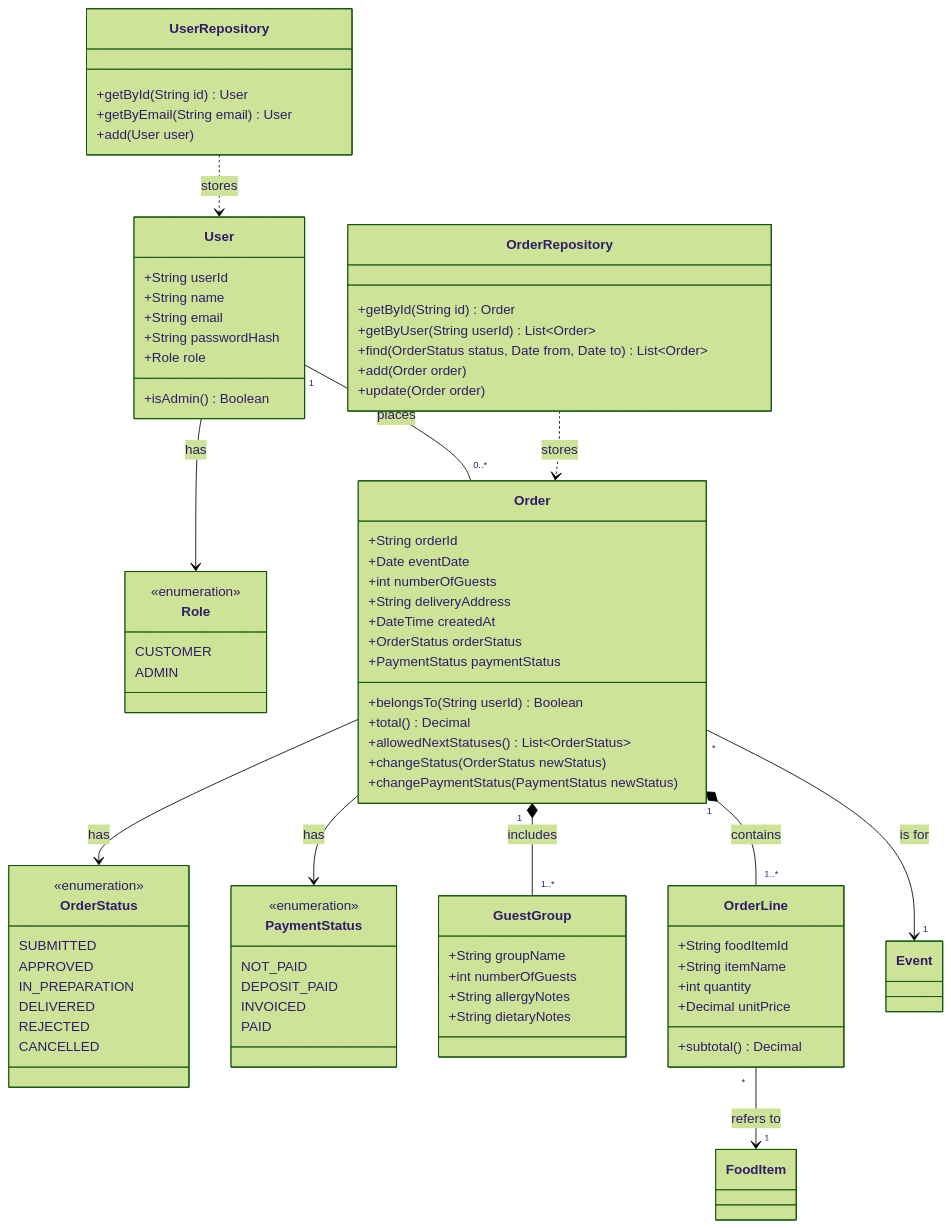
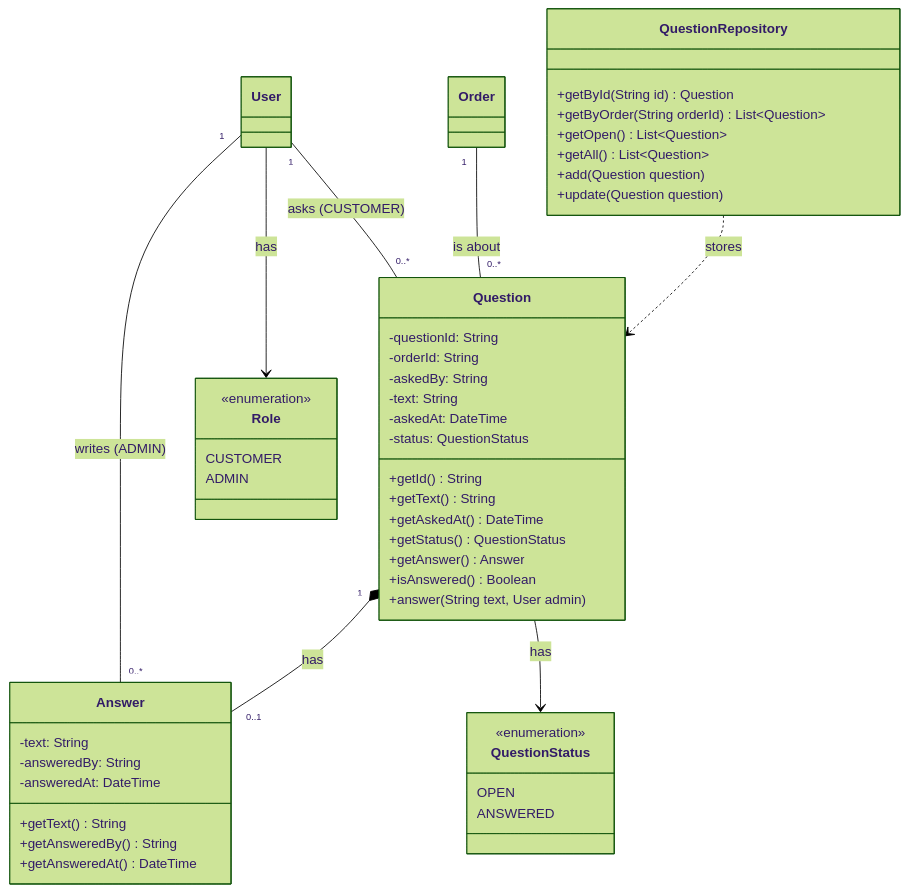
Before and after one commit to vikri8772/assignment4: the diagram in docs/plans/domain-orders-class.md, drawn with Mermaid (forest theme).

Commit message:
Changed to User with Role

````diff
--- a/docs/plans/domain-orders-class.md
+++ b/docs/plans/domain-orders-class.md
@@ -1,96 +1,58 @@
 ```mermaid
 classDiagram
-    direction TB
-
-    class User {
-        +String userId
-        +String name
-        +String email
-        +String passwordHash
-        +Role role
-        +isAdmin() Boolean
+    class Question {
+        -questionId: String
+        -orderId: String
+        -askedBy: String
+        -text: String
+        -askedAt: DateTime
+        -status: QuestionStatus
+        +getId() String
+        +getText() String
+        +getAskedAt() DateTime
+        +getStatus() QuestionStatus
+        +getAnswer() Answer
+        +isAnswered() Boolean
+        +answer(String text, User admin)
     }
 
+    class Answer {
+        -text: String
+        -answeredBy: String
+        -answeredAt: DateTime
+        +getText() String
+        +getAnsweredBy() String
+        +getAnsweredAt() DateTime
+    }
+
+    class QuestionStatus {
+        <<enumeration>>
+        OPEN
+        ANSWERED
+    }
+
+    class QuestionRepository {
+        +getById(String id) Question
+        +getByOrder(String orderId) List~Question~
+        +getOpen() List~Question~
+        +getAll() List~Question~
+        +add(Question question)
+        +update(Question question)
+    }
+
+    class Order
+    class User
     class Role {
         <<enumeration>>
         CUSTOMER
         ADMIN
     }
 
-    class OrderStatus {
-        <<enumeration>>
-        SUBMITTED
-        APPROVED
-        IN_PREPARATION
-        DELIVERED
-        REJECTED
-        CANCELLED
-    }
-
-    class PaymentStatus {
-        <<enumeration>>
-        NOT_PAID
-        DEPOSIT_PAID
-        INVOICED
-        PAID
-    }
-
-    class Order {
-        +String orderId
-        +Date eventDate
-        +int numberOfGuests
-        +String deliveryAddress
-        +DateTime createdAt
-        +OrderStatus orderStatus
-        +PaymentStatus paymentStatus
-        +belongsTo(String userId) Boolean
-        +total() Decimal
-        +allowedNextStatuses() List~OrderStatus~
-        +changeStatus(OrderStatus newStatus)
-        +changePaymentStatus(PaymentStatus newStatus)
-    }
-
-    class GuestGroup {
-        +String groupName
-        +int numberOfGuests
-        +String allergyNotes
-        +String dietaryNotes
-    }
-
-    class OrderLine {
-        +String foodItemId
-        +String itemName
-        +int quantity
-        +Decimal unitPrice
-        +subtotal() Decimal
-    }
-
-    class UserRepository {
-        +getById(String id) User
-        +getByEmail(String email) User
-        +add(User user)
-    }
-
-    class OrderRepository {
-        +getById(String id) Order
-        +getByUser(String userId) List~Order~
-        +find(OrderStatus status, Date from, Date to) List~Order~
-        +add(Order order)
-        +update(Order order)
-    }
-
-    class FoodItem
-    class Event
-
     User --> Role : has
-    User "1" -- "0..*" Order : places
-    Order "1" *-- "1..*" GuestGroup : includes
-    Order "1" *-- "1..*" OrderLine : contains
-    Order --> OrderStatus : has
-    Order --> PaymentStatus : has
-    Order "*" --> "1" Event : is for
-    OrderLine "*" --> "1" FoodItem : refers to
-    UserRepository ..> User : stores
-    OrderRepository ..> Order : stores
-
+    User "1" -- "0..*" Question : asks (CUSTOMER)
+    User "1" -- "0..*" Answer : writes (ADMIN)
+    Order "1" -- "0..*" Question : is about
+    Question "1" *-- "0..1" Answer : has
+    Question --> QuestionStatus : has
+    QuestionRepository ..> Question : stores
 ```
````
